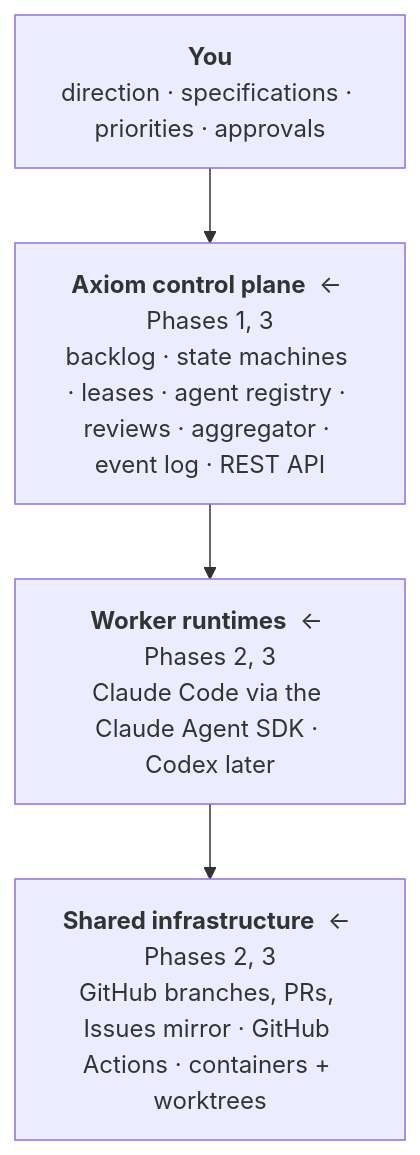
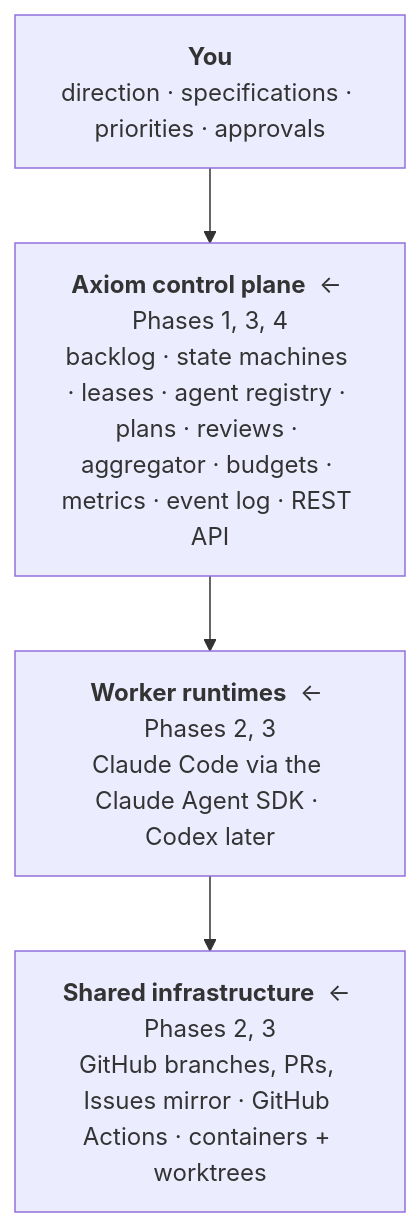
The second of 5 diagrams in docs/guide/01-big-picture.md (bharathcmbox/axiom), drawn with Mermaid before and after one commit. The commit also changed other lines of this file and 16 other files, not shown here.

````diff
--- a/docs/guide/01-big-picture.md
+++ b/docs/guide/01-big-picture.md
@@ -33,8 +33,8 @@
 ```mermaid
 flowchart TB
     L1["<b>You</b><br/>direction · specifications · priorities · approvals"]
-    L2["<b>Axiom control plane</b>  ← Phases 1, 3<br/>backlog · state machines · leases · agent registry · reviews · aggregator · event log · REST API"]
+    L2["<b>Axiom control plane</b>  ← Phases 1, 3, 4<br/>backlog · state machines · leases · agent registry · plans · reviews · aggregator · budgets · metrics · event log · REST API"]
     L3["<b>Worker runtimes</b>  ← Phases 2, 3<br/>Claude Code via the Claude Agent SDK · Codex later"]
     L4["<b>Shared infrastructure</b>  ← Phases 2, 3<br/>GitHub branches, PRs, Issues mirror · GitHub Actions · containers + worktrees"]
     L1 --> L2 --> L3 --> L4
 ```
````
